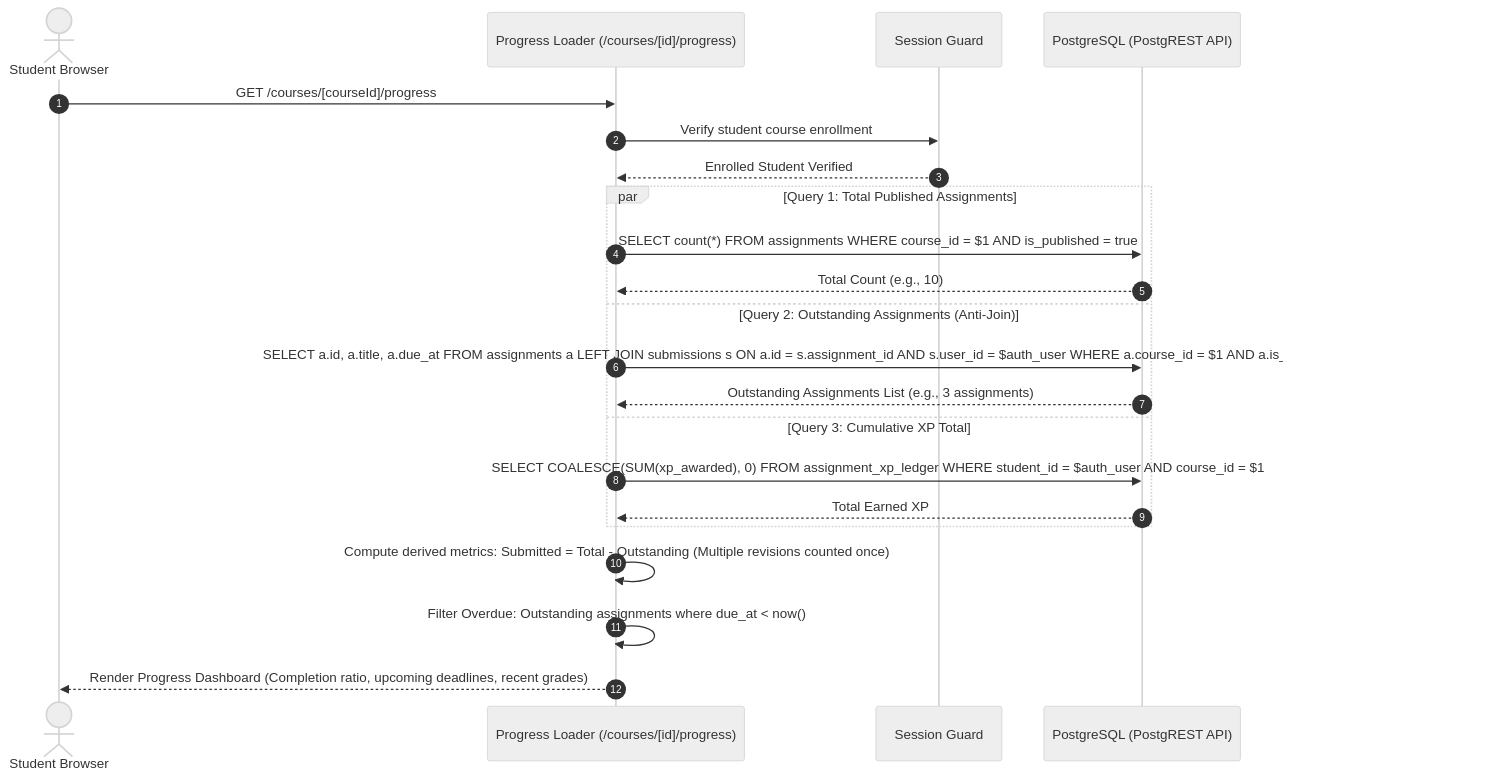
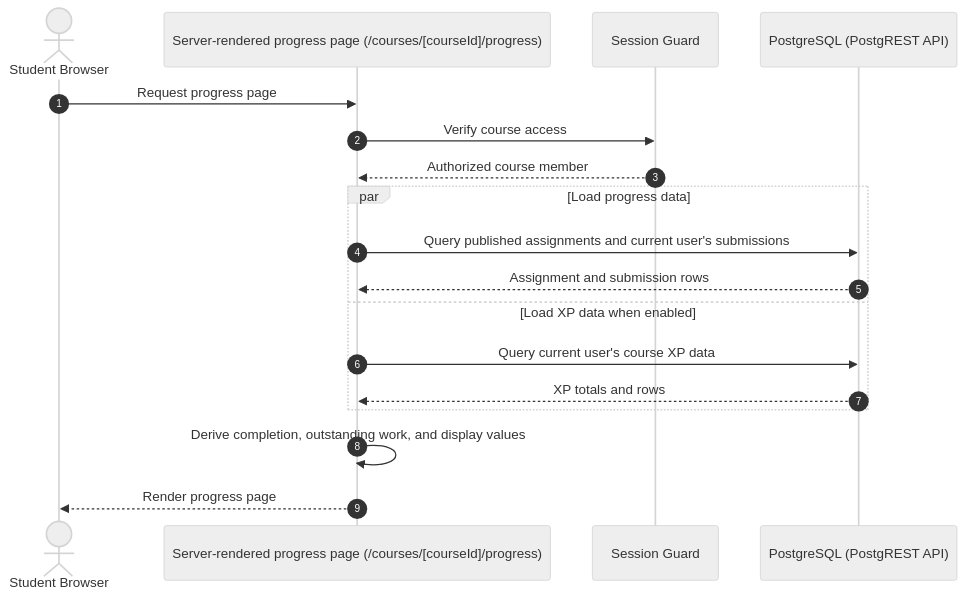
Before and after one commit to CS3227-2610-MP4-CodeLeet/CS3227-2610-MP4: the fifth of 7 diagrams in docs/DeveloperGuide.md, drawn with Mermaid (neutral theme). The commit also changed other lines of this file and 3 other files, not shown here.

````diff
--- a/docs/DeveloperGuide.md
+++ b/docs/DeveloperGuide.md
@@ -253,27 +242,21 @@
 ```mermaid
 sequenceDiagram
     autonumber
     actor Student as Student Browser
-    participant API as Progress Loader (/courses/[id]/progress)
+    participant Page as Server-rendered progress page (/courses/[courseId]/progress)
     participant Auth as Session Guard
     participant DB as PostgreSQL (PostgREST API)
 
-    Student->>API: GET /courses/[courseId]/progress
-    API->>Auth: Verify student course enrollment
-    Auth-->>API: Enrolled Student Verified
-    
-    par Query 1: Total Published Assignments
-        API->>DB: SELECT count(*) FROM assignments WHERE course_id = $1 AND is_published = true
-        DB-->>API: Total Count (e.g., 10)
-    and Query 2: Outstanding Assignments (Anti-Join)
-        API->>DB: SELECT a.id, a.title, a.due_at FROM assignments a LEFT JOIN submissions s ON a.id = s.assignment_id AND s.user_id = $auth_user WHERE a.course_id = $1 AND a.is_published = true AND s.id IS NULL
-        DB-->>API: Outstanding Assignments List (e.g., 3 assignments)
-    and Query 3: Cumulative XP Total
-        API->>DB: SELECT COALESCE(SUM(xp_awarded), 0) FROM assignment_xp_ledger WHERE student_id = $auth_user AND course_id = $1
-        DB-->>API: Total Earned XP
+    Student->>Page: Request progress page
+    Page->>Auth: Verify course access
+    Auth-->>Page: Authorized course member
+    par Load progress data
+        Page->>DB: Query published assignments and current user's submissions
+        DB-->>Page: Assignment and submission rows
+    and Load XP data when enabled
+        Page->>DB: Query current user's course XP data
+        DB-->>Page: XP totals and rows
     end
-    
-    API->>API: Compute derived metrics: Submitted = Total - Outstanding (Multiple revisions counted once)
-    API->>API: Filter Overdue: Outstanding assignments where due_at < now()
-    API-->>Student: Render Progress Dashboard (Completion ratio, upcoming deadlines, recent grades)
+    Page->>Page: Derive completion, outstanding work, and display values
+    Page-->>Student: Render progress page
 ```
````
